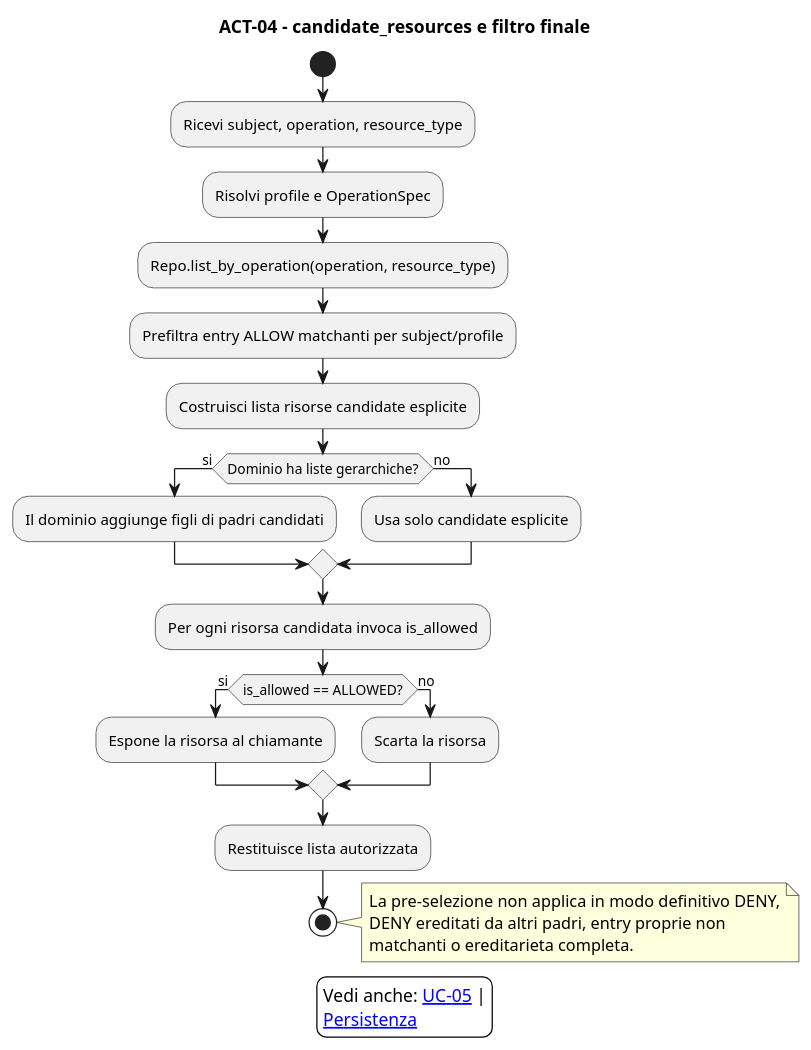
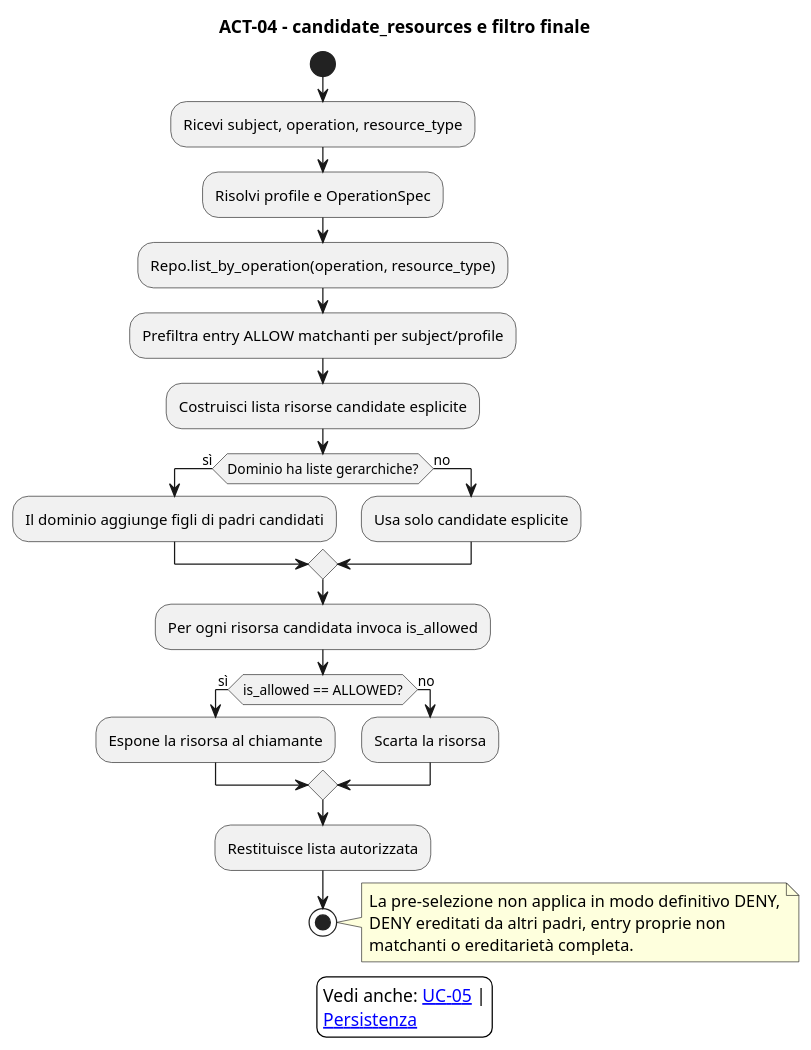
The diagram in design/attività/04_candidate_resources.puml (antlampas/ACL), drawn with PlantUML before and after one commit. The commit also changed 38 other files, not shown here.

Commit message:
docs: corretti testi e diagrammi UML

```diff
--- a/design/attività/04_candidate_resources.puml
+++ b/design/attività/04_candidate_resources.puml
@@ -1,45 +1,45 @@
 @startuml 04_candidate_resources
 ' Title: Sistema ACL - 04_candidate_resources
 ' Author/Licensor: Francesco
 ' Source: this repository
 ' License: Creative Commons Attribution-ShareAlike 4.0 International
 ' License URL: https://creativecommons.org/licenses/by-sa/4.0/
 ' SPDX-License-Identifier: CC-BY-SA-4.0
 !pragma layout smetana
 skinparam backgroundColor white
 skinparam nodesep 80
 skinparam ranksep 80
 title ACT-04 - candidate_resources e filtro finale
 skinparam shadowing false
 
 start
 :Ricevi subject, operation, resource_type;
 :Risolvi profile e OperationSpec;
 :Repo.list_by_operation(operation, resource_type);
 :Prefiltra entry ALLOW matchanti per subject/profile;
 :Costruisci lista risorse candidate esplicite;
-if (Dominio ha liste gerarchiche?) then (si)
+if (Dominio ha liste gerarchiche?) then (sì)
   :Il dominio aggiunge figli di padri candidati;
 else (no)
   :Usa solo candidate esplicite;
 endif
 :Per ogni risorsa candidata invoca is_allowed;
-if (is_allowed == ALLOWED?) then (si)
+if (is_allowed == ALLOWED?) then (sì)
   :Espone la risorsa al chiamante;
 else (no)
   :Scarta la risorsa;
 endif
 :Restituisce lista autorizzata;
 stop
 
 note right
   La pre-selezione non applica in modo definitivo DENY,
   DENY ereditati da altri padri, entry proprie non
-  matchanti o ereditarieta completa.
+  matchanti o ereditarietà completa.
 end note
 
 legend
   Vedi anche: [[../use%20case/05_listare_risorse_candidate.puml UC-05]] |
   [[../componenti/06_persistenza_performance.puml Persistenza]]
 endlegend
 @enduml
```
